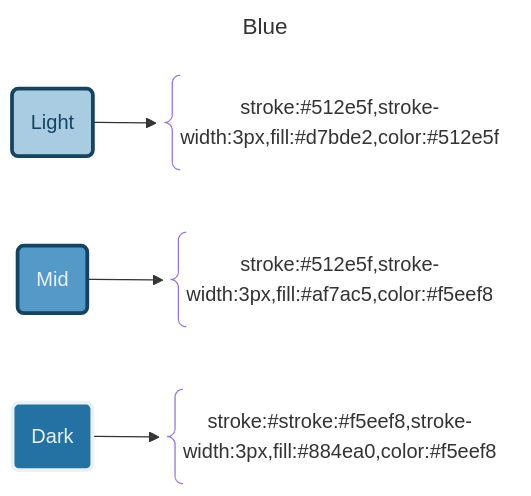
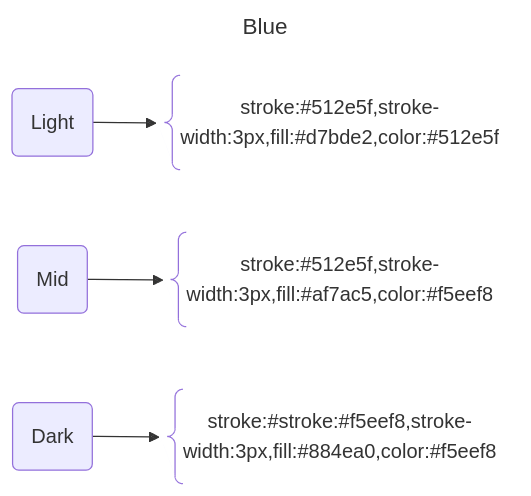
Before and after one commit to APrettyCoolProgram/aprettycoolprogram: the sixth of 10 diagrams in profile/mermaid/mermaid.md, drawn with Mermaid.

````diff
--- a/profile/mermaid/mermaid.md
+++ b/profile/mermaid/mermaid.md
@@ -202,24 +202,22 @@
 ```mermaid
 ---
 title: Blue
 ---
 flowchart LR
   %% Components
   Light@{shape: rounded, label: "Light"}
   LightString@{shape: brace, label: "stroke:#512e5f,stroke-width:3px,fill:#d7bde2,color:#512e5f"}
   Mid@{shape: rounded, label: "Mid"}
   MidString@{shape: brace, label: "stroke:#512e5f,stroke-width:3px,fill:#af7ac5,color:#f5eef8"}
   Dark@{shape: rounded, label: "Dark"}
   DarkString@{shape: brace, label: "stroke:#stroke:#f5eef8,stroke-width:3px,fill:#884ea0,color:#f5eef8"}
   %% Layout
   Light --> LightString
   Mid --> MidString
   Dark --> DarkString
   %% Styles
-  classDef Light stroke:#154360,stroke-width:3px,fill:#a9cce3,color:#154360  
-  classDef Mid stroke:#154360,stroke-width:3px,fill:#5499c7,color:#eaf2f8
-  classDef Dark stroke:#eaf2f8,stroke-width:3px,fill:#2471a3,color:#eaf2f8
+
   class Light Light
   class Mid Mid
   class Dark Dark
 ```
````
